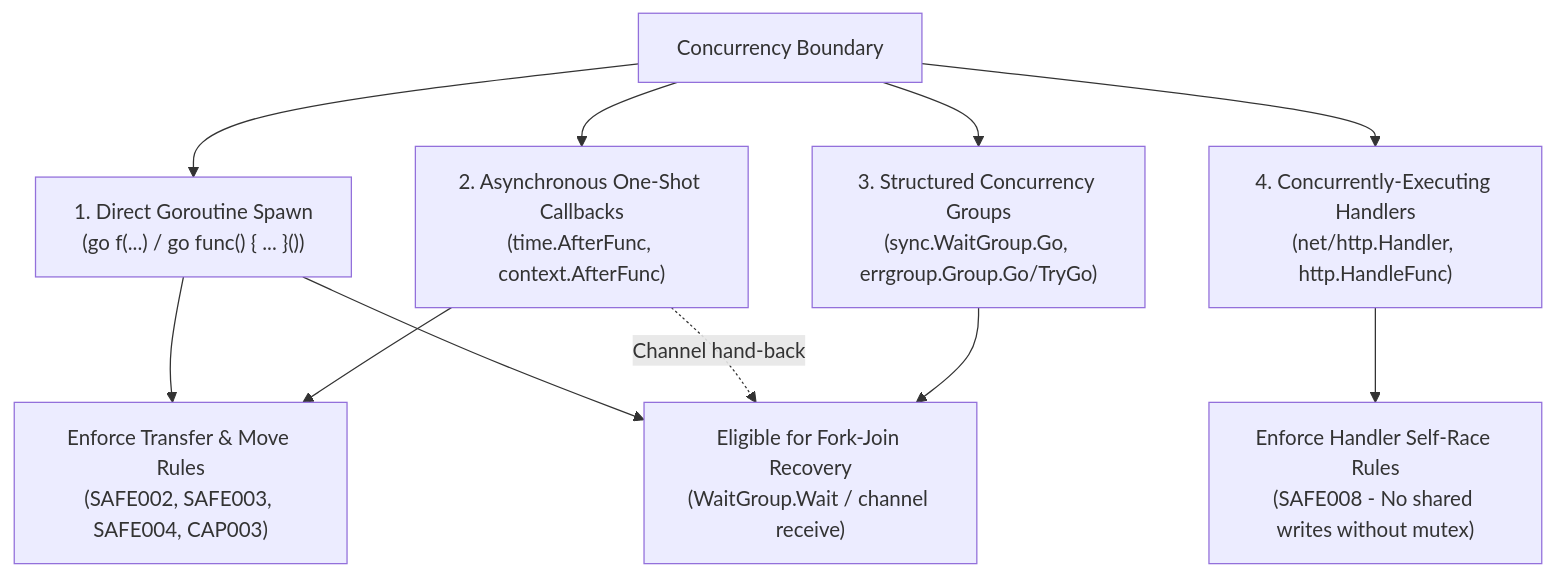
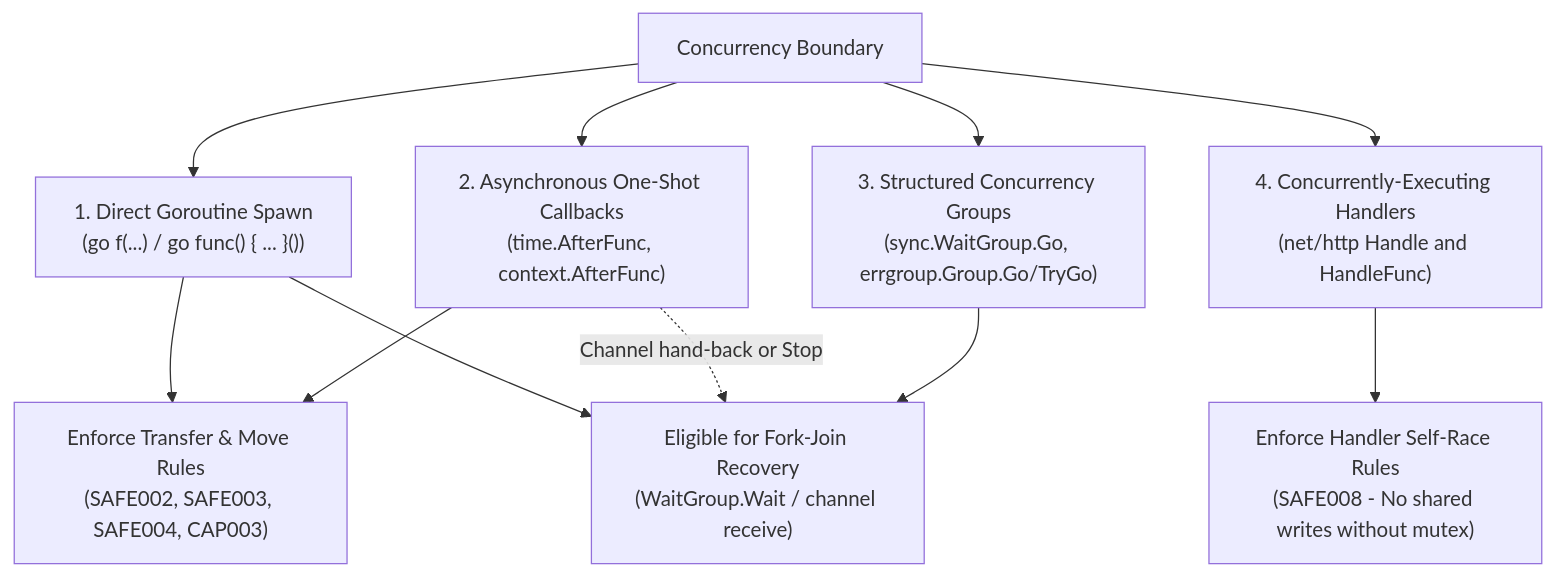
Before and after one commit to bharathvbcr/GoSree: the first of 5 diagrams in docs/CONCURRENCY_MODEL.md, drawn with Mermaid. The commit also changed other lines of this file and 13 other files, not shown here.

````diff
--- a/docs/CONCURRENCY_MODEL.md
+++ b/docs/CONCURRENCY_MODEL.md
@@ -17,16 +17,16 @@
 ```mermaid
 flowchart TD
     Boundary["Concurrency Boundary"]
     
     Boundary --> GoStmt["1. Direct Goroutine Spawn\n(go f(...) / go func() { ... }())"]
     Boundary --> OneShot["2. Asynchronous One-Shot Callbacks\n(time.AfterFunc, context.AfterFunc)"]
     Boundary --> Structured["3. Structured Concurrency Groups\n(sync.WaitGroup.Go, errgroup.Group.Go/TryGo)"]
-    Boundary --> MultiInvoke["4. Concurrently-Executing Handlers\n(net/http.Handler, http.HandleFunc)"]
+    Boundary --> MultiInvoke["4. Concurrently-Executing Handlers\n(net/http Handle and HandleFunc)"]
 
     GoStmt --> TransferRules["Enforce Transfer & Move Rules\n(SAFE002, SAFE003, SAFE004, CAP003)"]
     GoStmt --> ForkJoin["Eligible for Fork-Join Recovery\n(WaitGroup.Wait / channel receive)"]
     OneShot --> TransferRules
-    OneShot -.->|Channel hand-back| ForkJoin
+    OneShot -.->|Channel hand-back or Stop| ForkJoin
     Structured --> ForkJoin
     MultiInvoke --> SelfRace["Enforce Handler Self-Race Rules\n(SAFE008 - No shared writes without mutex)"]
 ```
````
